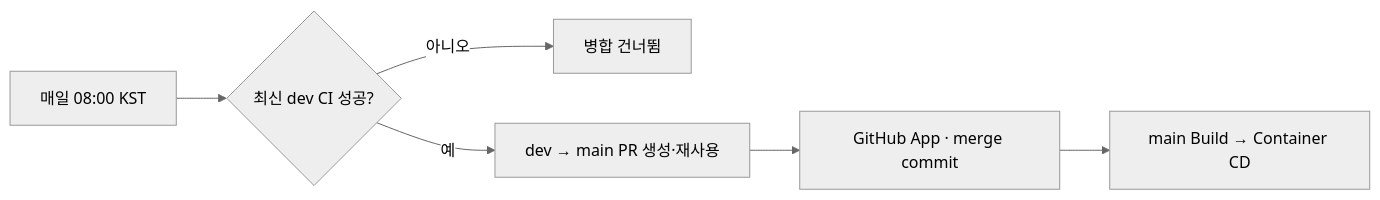
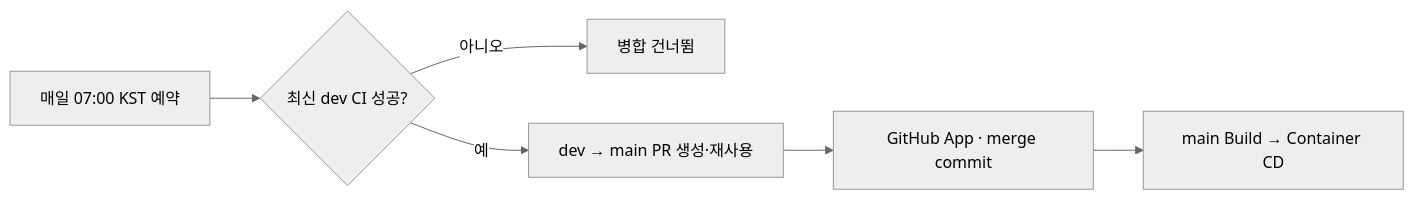
The fifth of 27 diagrams in README.md (Uplus-GETDDO/getddo-be), drawn with Mermaid (neutral theme) before and after one commit. The commit also changed other lines of this file and 2 other files, not shown here.

````diff
--- a/README.md
+++ b/README.md
@@ -228,8 +446,8 @@
 ```mermaid
 flowchart LR
-    Schedule["매일 08:00 KST"] --> Gate{"최신 dev CI 성공?"}
+    Schedule["매일 07:00 KST 예약"] --> Gate{"최신 dev CI 성공?"}
     Gate -->|"아니오"| Skip["병합 건너뜀"]
     Gate -->|"예"| PR["dev → main PR 생성·재사용"]
     PR --> Merge["GitHub App · merge commit"]
     Merge --> Main["main Build → Container CD"]
 ```
````
